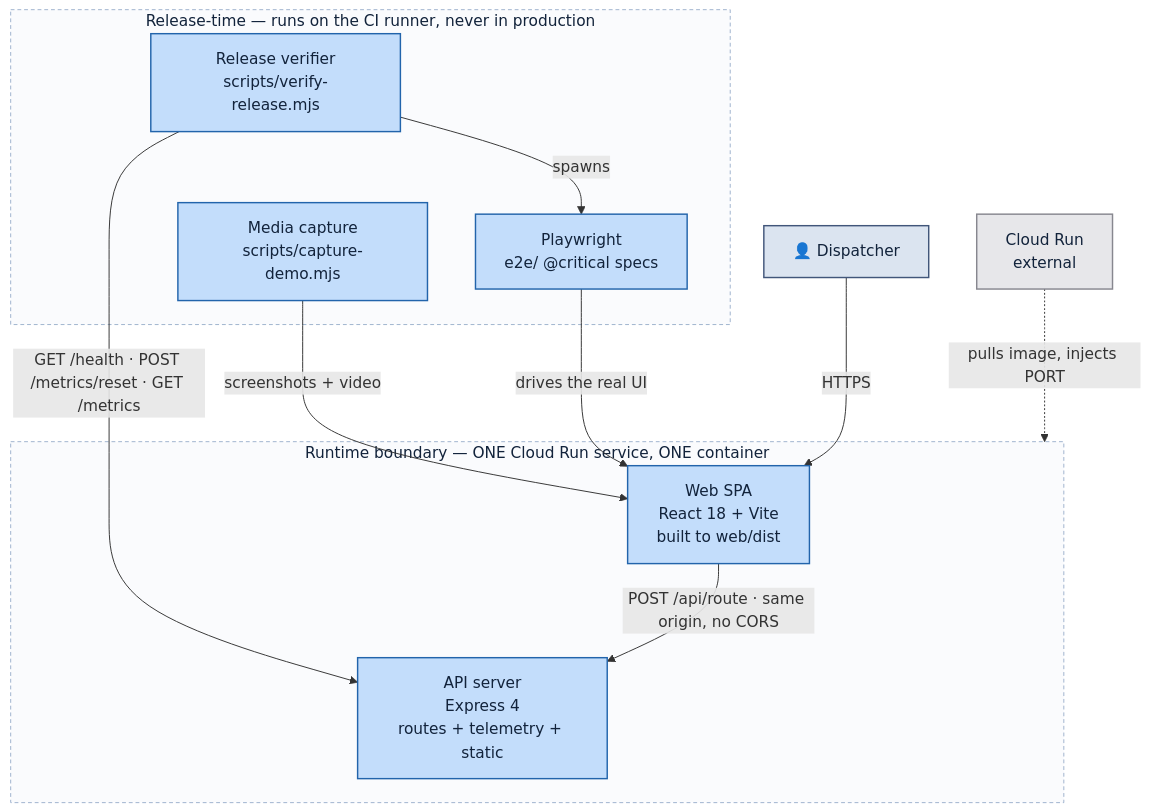
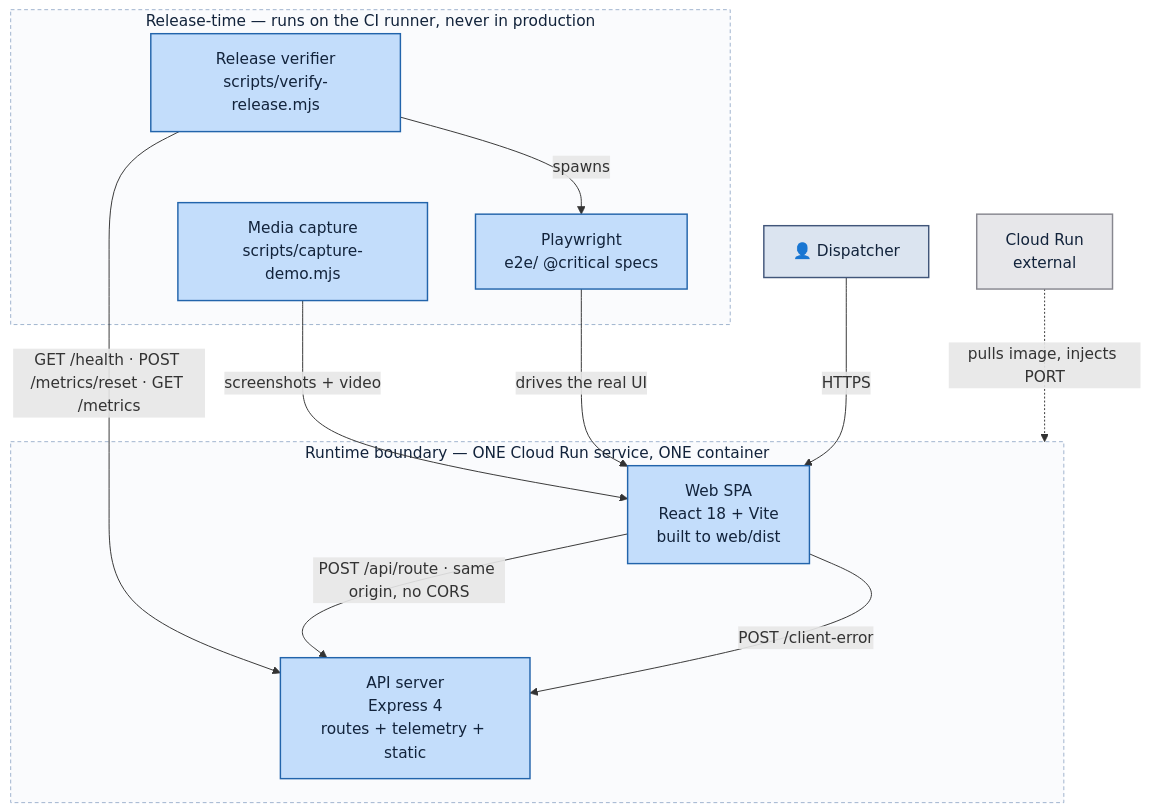
Before and after one commit to TryHarder01/release-agent-demo: the third of 7 diagrams in ARCHITECTURE.md, drawn with Mermaid. The commit also changed other lines of this file, not shown here.

First line of the commit message:
docs: refresh ARCHITECTURE.md with current implementation

````diff
--- a/ARCHITECTURE.md
+++ b/ARCHITECTURE.md
@@ -119,34 +119,35 @@
 ```mermaid
 flowchart TB
     dispatcher["👤 Dispatcher"]
 
     subgraph runtime["Runtime boundary — ONE Cloud Run service, ONE container"]
         spa["Web SPA\nReact 18 + Vite\nbuilt to web/dist"]
         api["API server\nExpress 4\nroutes + telemetry + static"]
     end
 
     subgraph releasetime["Release-time — runs on the CI runner, never in production"]
         verifier["Release verifier\nscripts/verify-release.mjs"]
         pw["Playwright\ne2e/ @critical specs"]
         capture["Media capture\nscripts/capture-demo.mjs"]
     end
 
     run["Cloud Run\nexternal"]
 
     dispatcher -->|"HTTPS"| spa
     spa -->|"POST /api/route · same origin, no CORS"| api
+    spa -->|"POST /client-error"| api
     verifier -->|"GET /health · POST /metrics/reset · GET /metrics"| api
     verifier -->|"spawns"| pw
     pw -->|"drives the real UI"| spa
     capture -->|"screenshots + video"| spa
     run -.->|"pulls image, injects PORT"| runtime
 
     classDef actor    fill:#dbe4f0,stroke:#41567a,stroke-width:1.5px,color:#12233b
     classDef owned    fill:#c3ddfb,stroke:#2264ab,stroke-width:1.5px,color:#12233b
     classDef external fill:#e7e7ea,stroke:#87878f,stroke-width:1.5px,color:#12233b
     classDef boundary fill:#fafbfd,stroke:#9db2cd,stroke-width:1px,stroke-dasharray:4 3,color:#12233b
     class dispatcher actor
     class spa,api,verifier,pw,capture owned
     class run external
     class runtime,releasetime boundary
 ```
````
